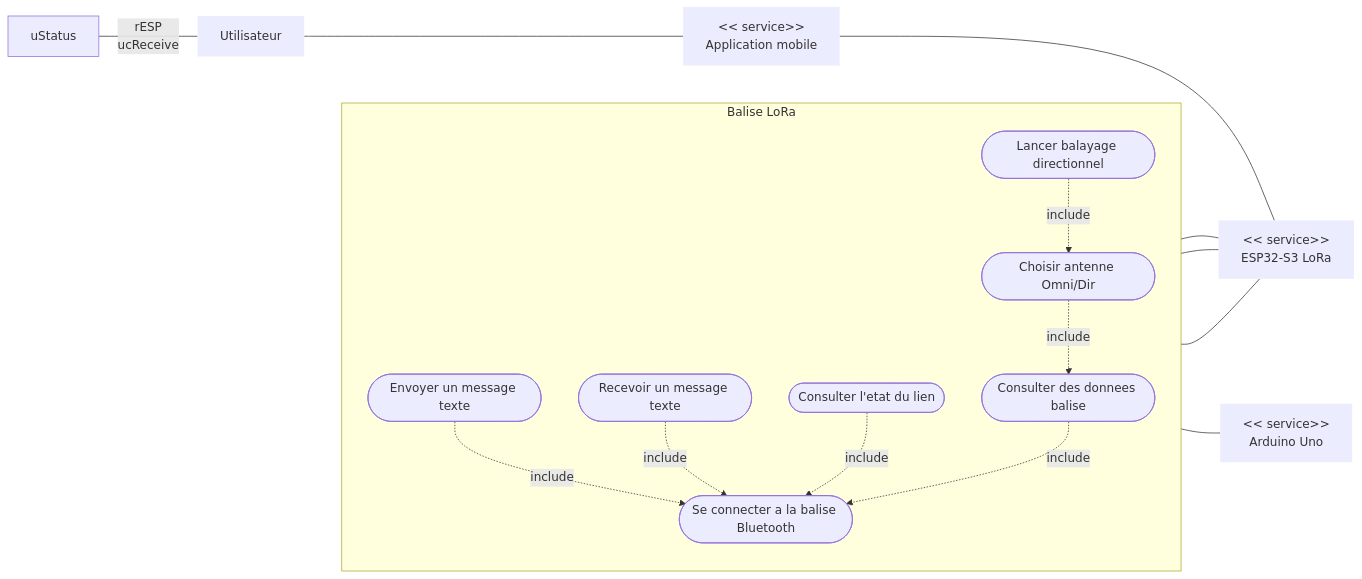
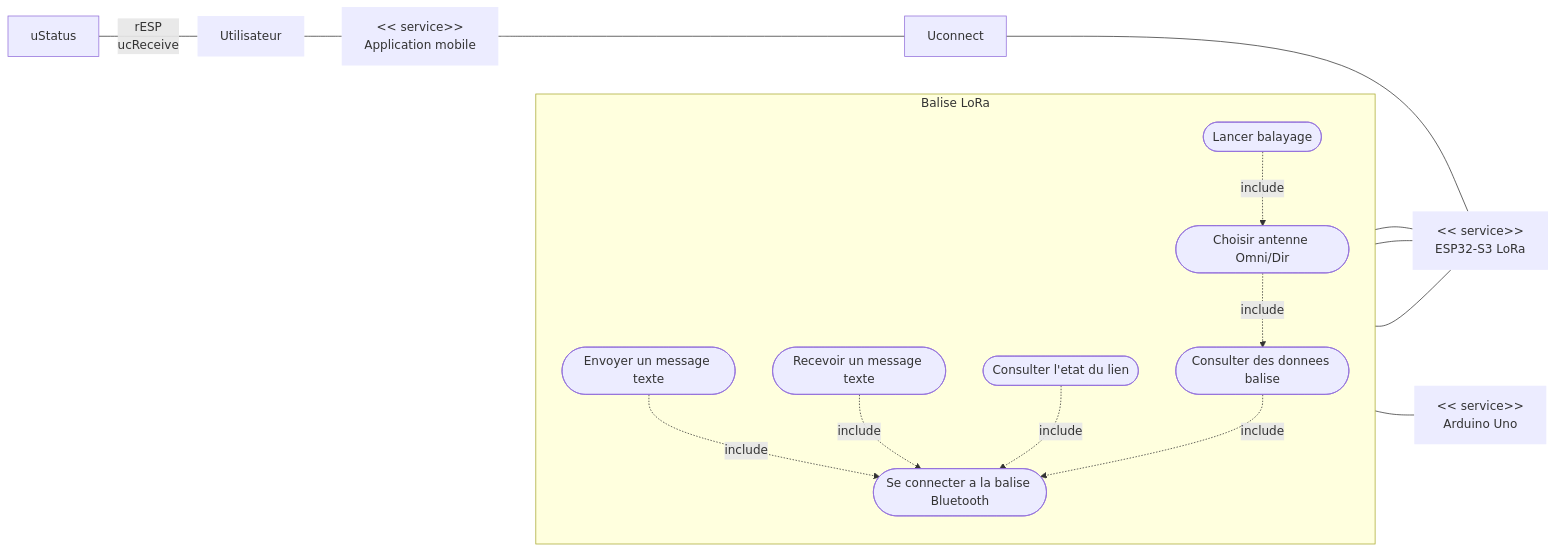
The first of 7 diagrams in Diagrammes_SysML_Projet_LoRa.md (SHU445/Projet-LoRa-72h), drawn with Mermaid before and after one commit.

Commit message:
"CorrectUseCase2"

````diff
--- a/Diagrammes_SysML_Projet_LoRa.md
+++ b/Diagrammes_SysML_Projet_LoRa.md
@@ -12,39 +12,40 @@
 ```mermaid
 flowchart LR
   rU["Utilisateur"]:::role
   rAPP["<< service>>\nApplication mobile"]:::role
   rESP["<< service>>\nESP32-S3 LoRa"]:::role
   rARD["<< service>>\nArduino Uno"]:::role
 
   subgraph S["Balise LoRa"]
     direction TB
     ucConnect([Se connecter a la balise Bluetooth])
     ucSend([Envoyer un message texte])
     ucReceive([Recevoir un message texte])
     ucStatus([Consulter l'etat du lien])
     ucData([Consulter des donnees balise])
     ucSelectAntenna([Choisir antenne Omni/Dir])
-    ucScan([Lancer balayage directionnel])
+    ucScan([Lancer balayage])
 
     ucSend -. include .-> ucConnect
     ucReceive -. include .-> ucConnect
     ucStatus -. include .-> ucConnect
     ucData -. include .-> ucConnect
     ucSelectAntenna -. include .-> ucData
     ucScan -. include .-> ucSelectAntenna
   end
 
   rU --- rAPP
-  rAPP --- rESP
+  rAPP --- Uconnect
+  Uconnect --- rESP
 
   ucSend --- rESP
   uStatus --rESP
   ucReceive --- rU
   ucData --- rESP
   ucSelectAntenna --- rESP
 
 
   ucScan --- rARD
 
   classDef role stroke-width:0px;
 ```
````
